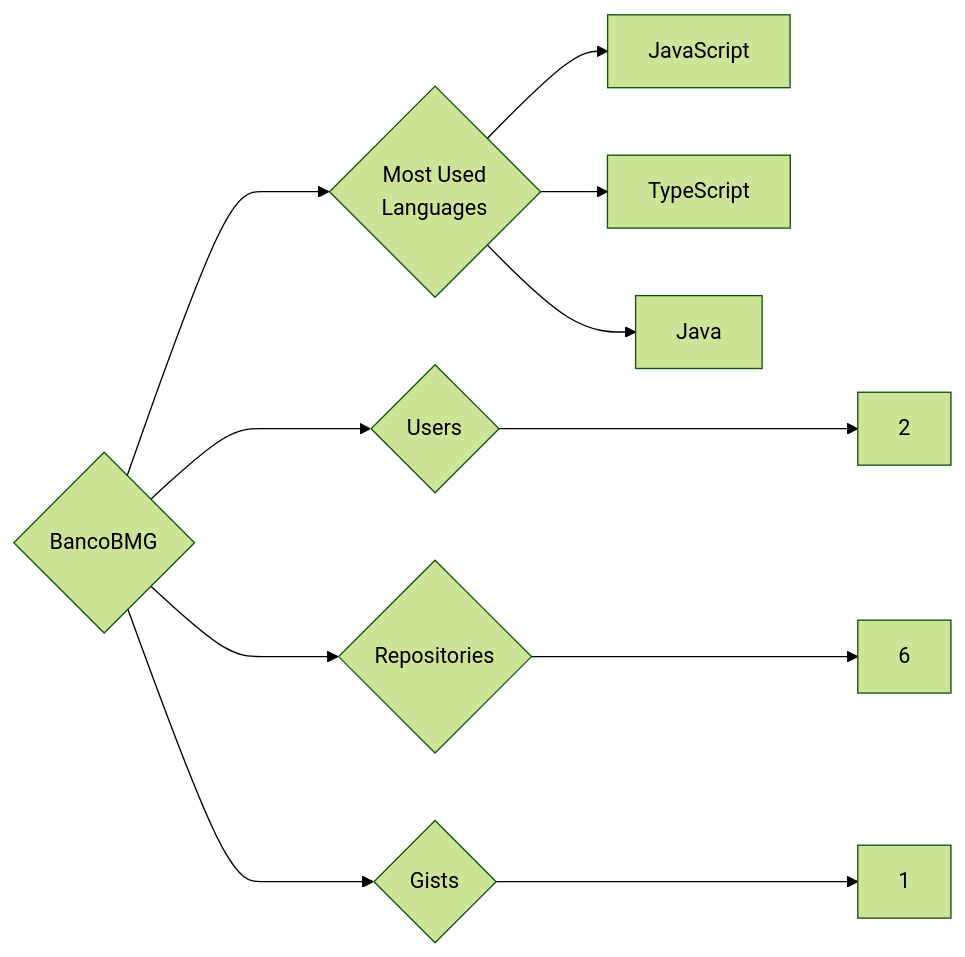
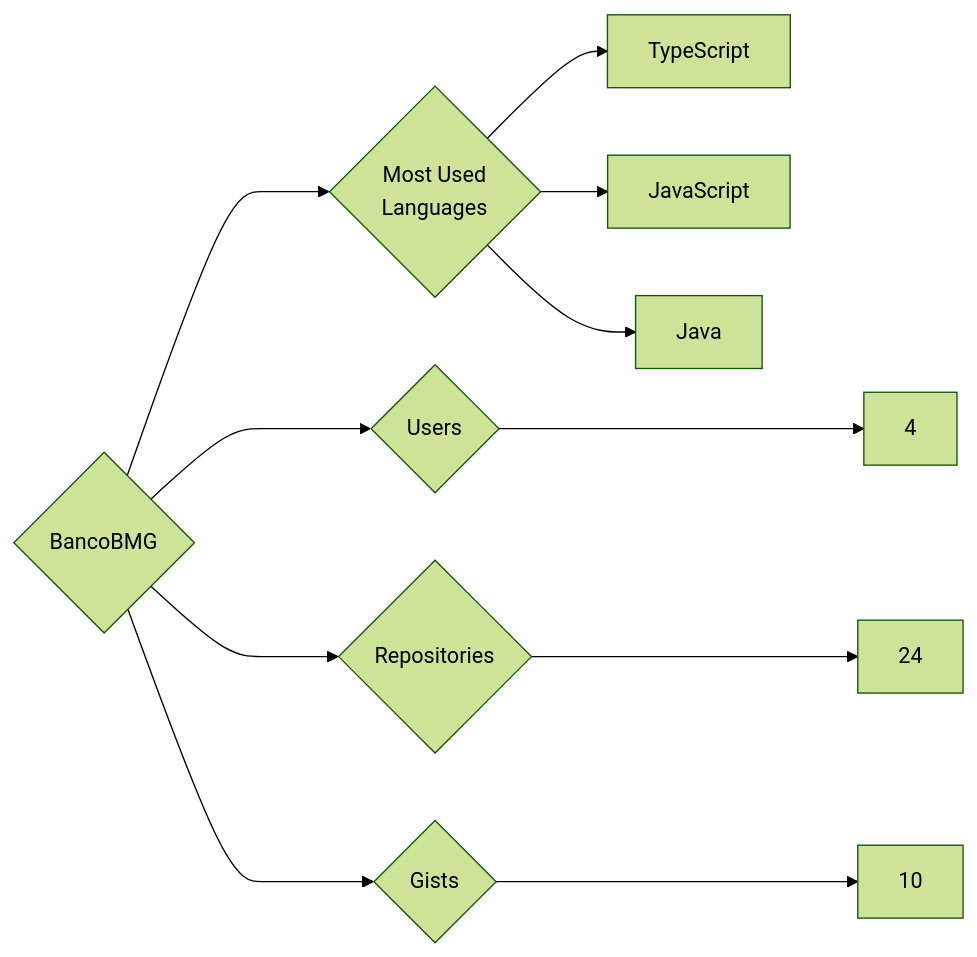
Before and after one commit to trickest/insiders: the diagram in targets/BancoBMG/README.md, drawn with Mermaid (forest theme). The commit also changed 776 other files, not shown here.

````diff
--- a/targets/BancoBMG/README.md
+++ b/targets/BancoBMG/README.md
@@ -3,11 +3,11 @@
 ```mermaid
 graph LR
 COMPANY_NAME{BancoBMG}
-COMPANY_NAME ---> U{Users} ---> UN[2]
-COMPANY_NAME ---> R{Repositories} ---> RN[6]
-COMPANY_NAME ---> G{Gists} ---> GN[1]
+COMPANY_NAME ---> U{Users} ---> UN[4]
+COMPANY_NAME ---> R{Repositories} ---> RN[24]
+COMPANY_NAME ---> G{Gists} ---> GN[10]
 COMPANY_NAME ---> ML{Most Used<br>Languages}
+ML --> TypeScript[TypeScript]
 ML --> JavaScript[JavaScript]
-ML --> TypeScript[TypeScript]
 ML --> Java[Java]
 ```
````
